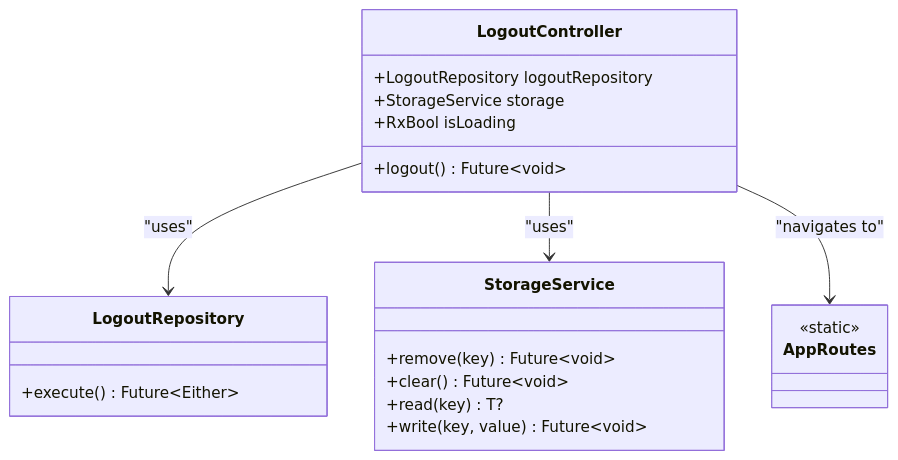
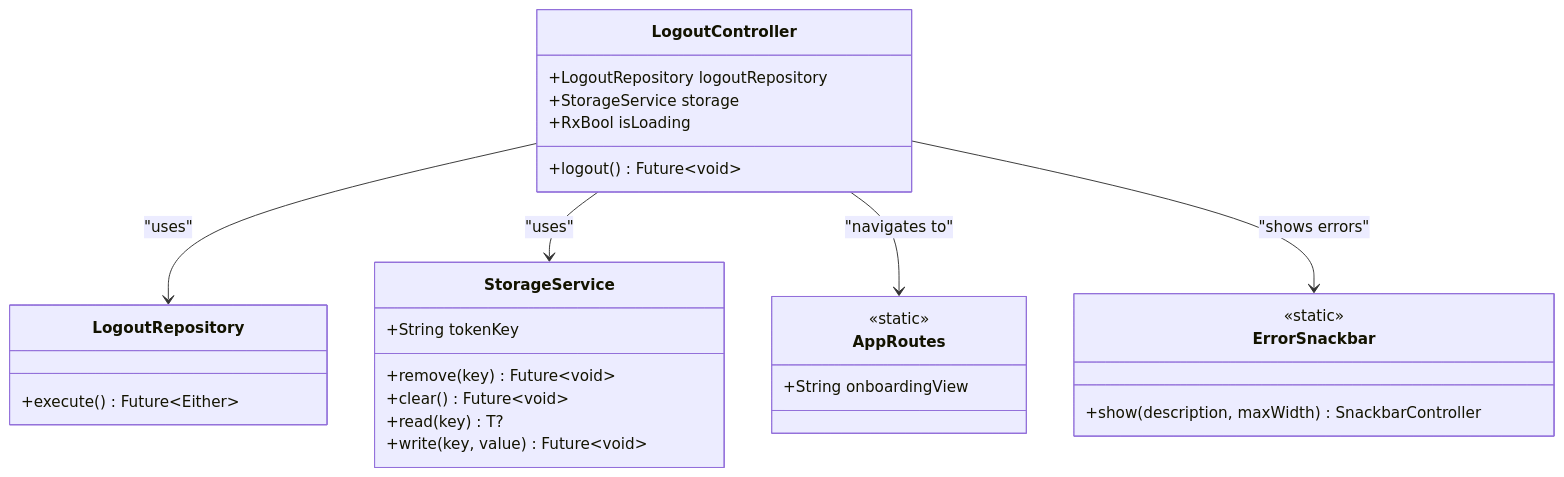
Before and after one commit to Ariful3111/FurniGo: the third of 4 diagrams in .qoder/repowiki/en/content/Core Features/Authentication System/Logout and Session Management.md, drawn with Mermaid. The commit also changed other lines of this file and 11 other files, not shown here.

````diff
--- a/.qoder/repowiki/en/content/Core Features/Authentication System/Logout and Session Management.md
+++ b/.qoder/repowiki/en/content/Core Features/Authentication System/Logout and Session Management.md
@@ -169,24 +175,31 @@
 ```mermaid
 classDiagram
 class LogoutController {
 +LogoutRepository logoutRepository
 +StorageService storage
 +RxBool isLoading
 +logout() Future~void~
 }
 class LogoutRepository {
 +execute() Future~Either<ErrorModel, bool>~
 }
 class StorageService {
 +remove(key) Future~void~
 +clear() Future~void~
 +read(key) T?
 +write(key, value) Future~void~
++String tokenKey
 }
 class AppRoutes {
 <<static>>
++String onboardingView
+}
+class ErrorSnackbar {
+<<static>>
++show(description, maxWidth) SnackbarController
 }
 LogoutController --> LogoutRepository : "uses"
 LogoutController --> StorageService : "uses"
 LogoutController --> AppRoutes : "navigates to"
+LogoutController --> ErrorSnackbar : "shows errors"
 ```
````
